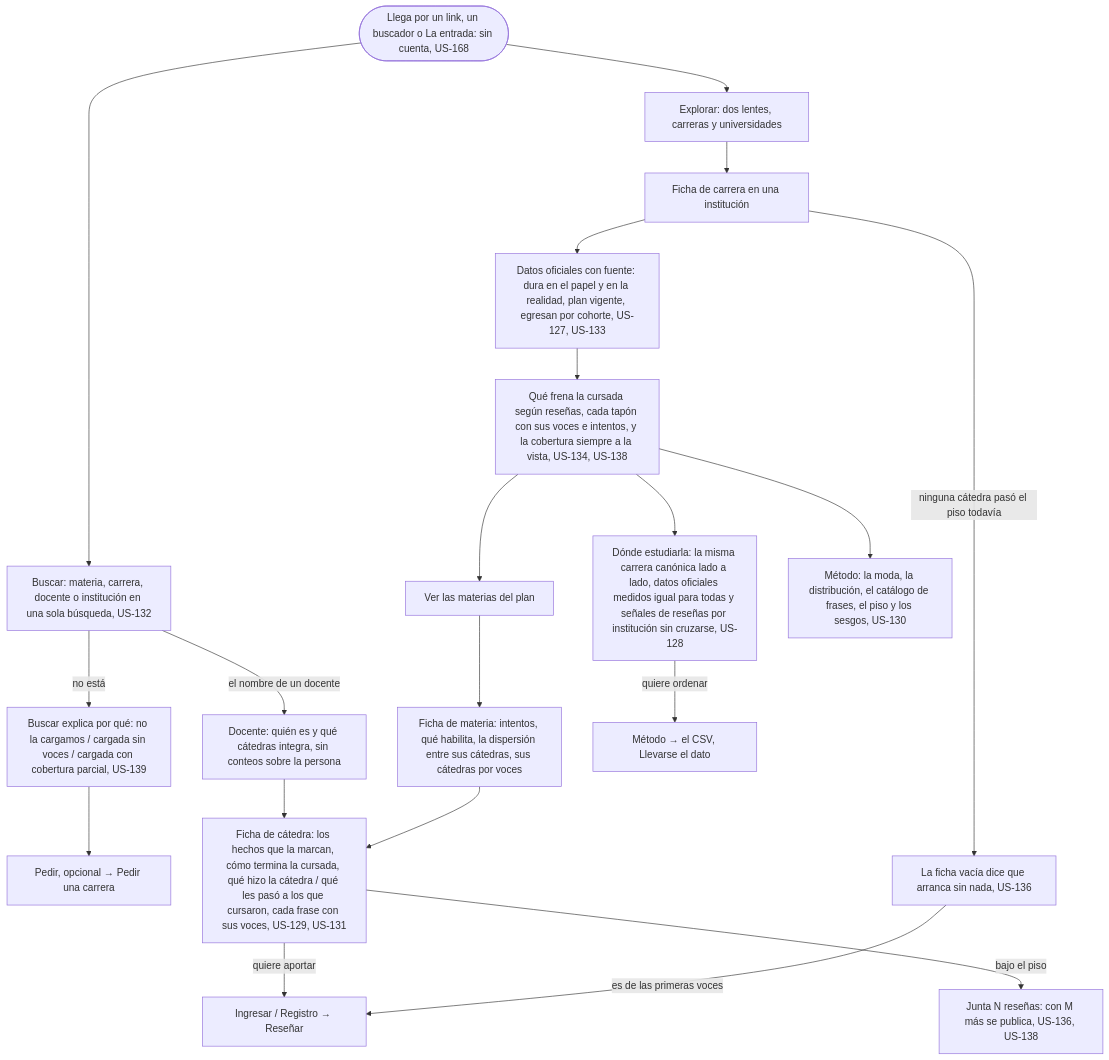
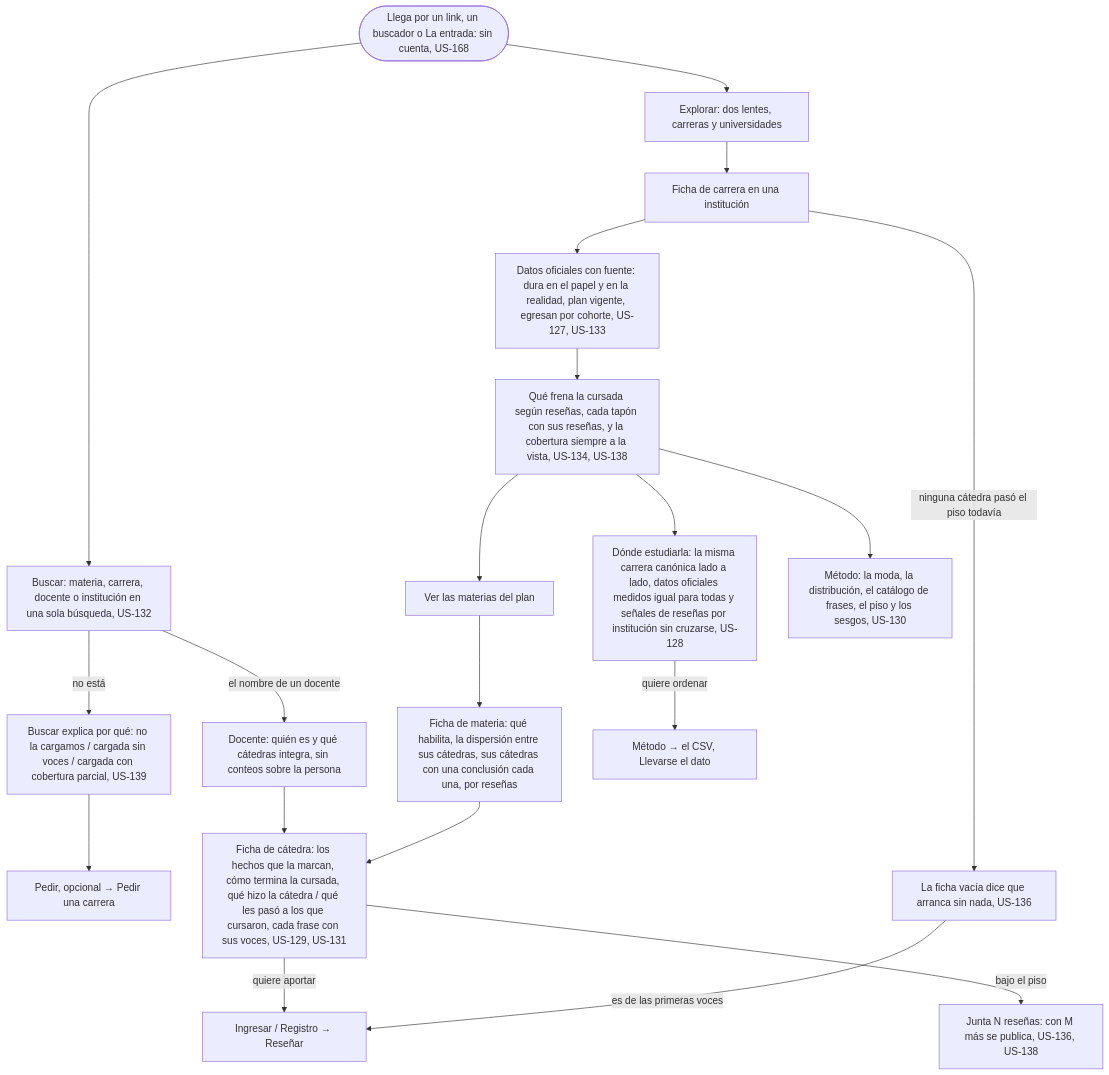
The diagram in docs/product/student/choose-where-to-study/flow.md (lucasidev/plan-b), drawn with Mermaid before and after one commit. The commit also changed other lines of this file and 24 other files, not shown here.

````diff
--- a/docs/product/student/choose-where-to-study/flow.md
+++ b/docs/product/student/choose-where-to-study/flow.md
@@ -5,22 +5,22 @@
 ```mermaid
 flowchart TD
   A([Llega por un link, un buscador o La entrada: sin cuenta, US-168]) --> B[Explorar: dos lentes, carreras y universidades]
   A --> S[Buscar: materia, carrera, docente o institución en una sola búsqueda, US-132]
   S -->|el nombre de un docente| S1[Docente: quién es y qué cátedras integra, sin conteos sobre la persona]
   S -->|no está| S2[Buscar explica por qué: no la cargamos / cargada sin voces / cargada con cobertura parcial, US-139]
   S2 --> S3[Pedir, opcional → Pedir una carrera]
   S1 --> E2
   B --> C[Ficha de carrera en una institución]
   C -->|ninguna cátedra pasó el piso todavía| C3[La ficha vacía dice que arranca sin nada, US-136]
   C --> C1[Datos oficiales con fuente: dura en el papel y en la realidad, plan vigente, egresan por cohorte, US-127, US-133]
-  C1 --> C2[Qué frena la cursada según reseñas, cada tapón con sus voces e intentos, y la cobertura siempre a la vista, US-134, US-138]
+  C1 --> C2[Qué frena la cursada según reseñas, cada tapón con sus reseñas, y la cobertura siempre a la vista, US-134, US-138]
   C2 --> D[Ver las materias del plan]
-  D --> E[Ficha de materia: intentos, qué habilita, la dispersión entre sus cátedras, sus cátedras por voces]
+  D --> E[Ficha de materia: qué habilita, la dispersión entre sus cátedras, sus cátedras con una conclusión cada una, por reseñas]
   E --> E2[Ficha de cátedra: los hechos que la marcan, cómo termina la cursada, qué hizo la cátedra / qué les pasó a los que cursaron, cada frase con sus voces, US-129, US-131]
   E2 -->|bajo el piso| E1[Junta N reseñas: con M más se publica, US-136, US-138]
   C2 --> F[Dónde estudiarla: la misma carrera canónica lado a lado, datos oficiales medidos igual para todas y señales de reseñas por institución sin cruzarse, US-128]
   F -->|quiere ordenar| F2[Método → el CSV, Llevarse el dato]
   C2 --> G[Método: la moda, la distribución, el catálogo de frases, el piso y los sesgos, US-130]
   E2 -->|quiere aportar| H[Ingresar / Registro → Reseñar]
   C3 -->|es de las primeras voces| H
 ```
````
